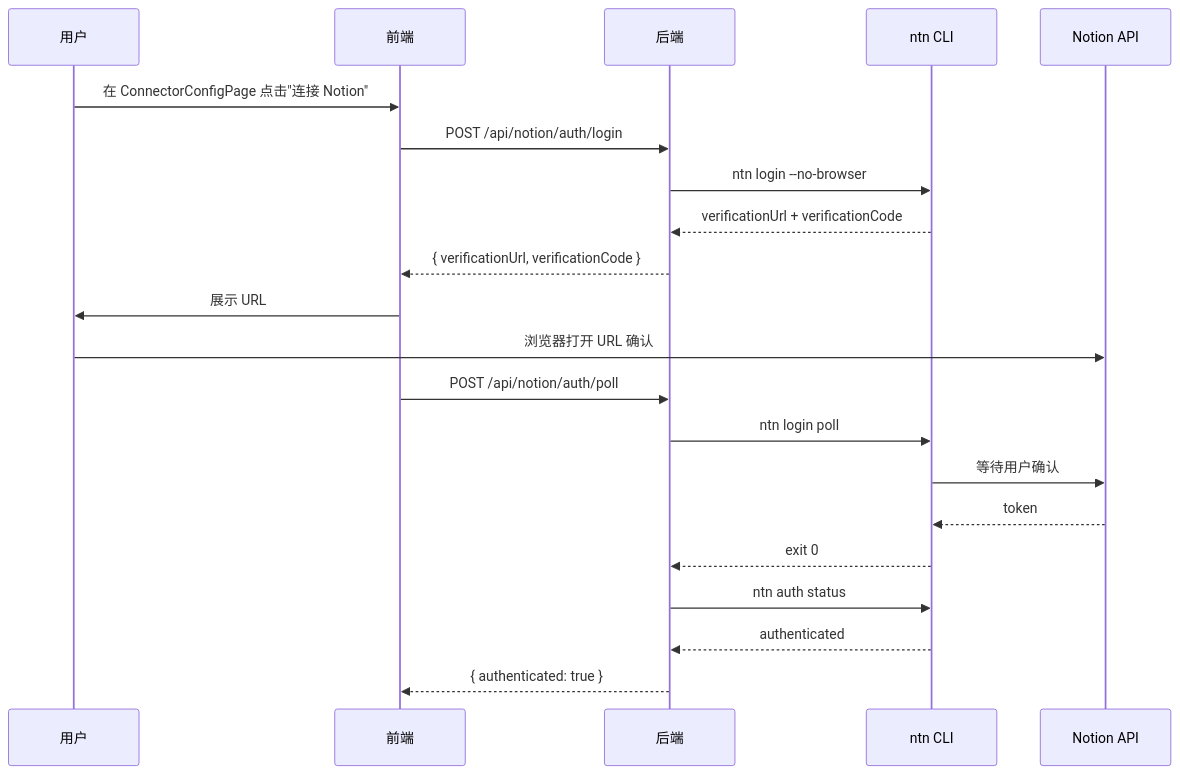
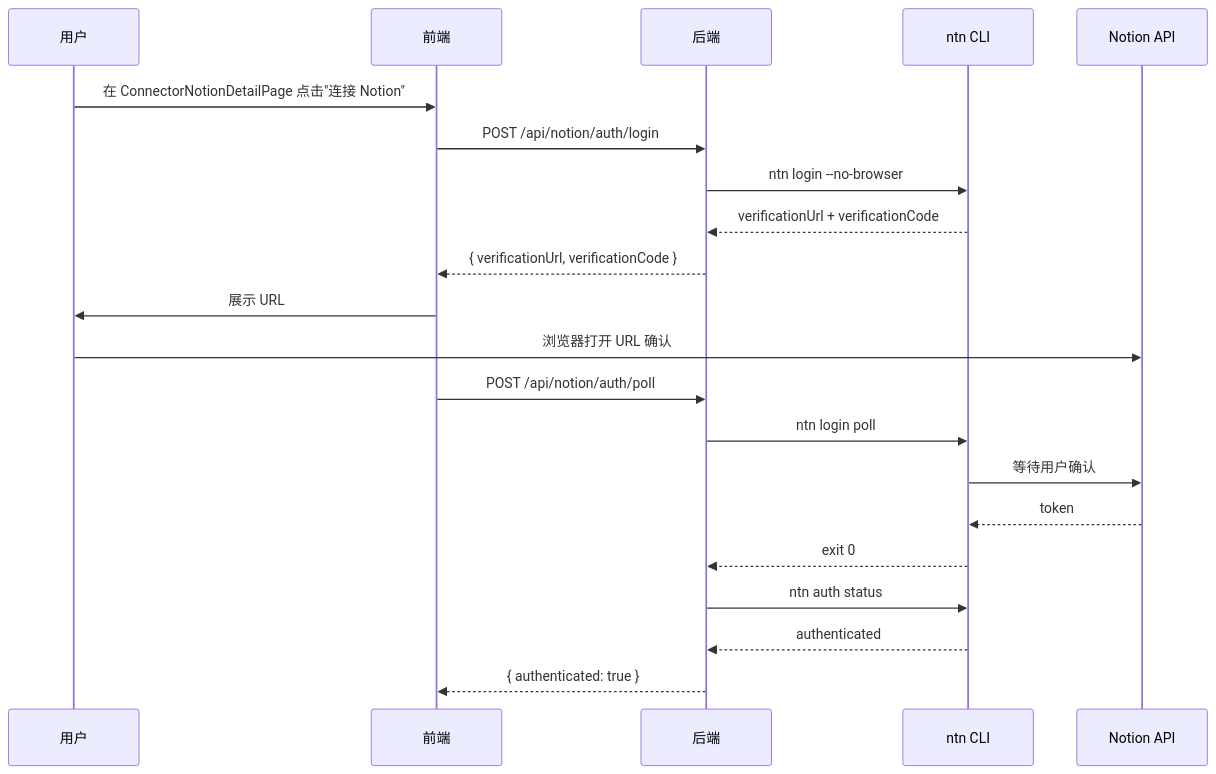
Before and after one commit to glide-the/im-dream: the first of 3 diagrams in docs/design/notion-session/connector-interaction.md, drawn with Mermaid. The commit also changed other lines of this file and 24 other files, not shown here.

First line of the commit message:
refactor: update connector settings and resource connector page styles for dark mode compatibility

````diff
--- a/docs/design/notion-session/connector-interaction.md
+++ b/docs/design/notion-session/connector-interaction.md
@@ -442,24 +448,24 @@
 ```mermaid
 sequenceDiagram
     participant User as 用户
     participant Front as 前端
     participant Back as 后端
     participant CLI as ntn CLI
     participant Notion as Notion API
 
-    User->>Front: 在 ConnectorConfigPage 点击"连接 Notion"
+    User->>Front: 在 ConnectorNotionDetailPage 点击"连接 Notion"
     Front->>Back: POST /api/notion/auth/login
     Back->>CLI: ntn login --no-browser
     CLI-->>Back: verificationUrl + verificationCode
     Back-->>Front: { verificationUrl, verificationCode }
     Front->>User: 展示 URL
     User->>Notion: 浏览器打开 URL 确认
     Front->>Back: POST /api/notion/auth/poll
     Back->>CLI: ntn login poll
     CLI->>Notion: 等待用户确认
     Notion-->>CLI: token
     CLI-->>Back: exit 0
     Back->>CLI: ntn auth status
     CLI-->>Back: authenticated
     Back-->>Front: { authenticated: true }
 ```
````
